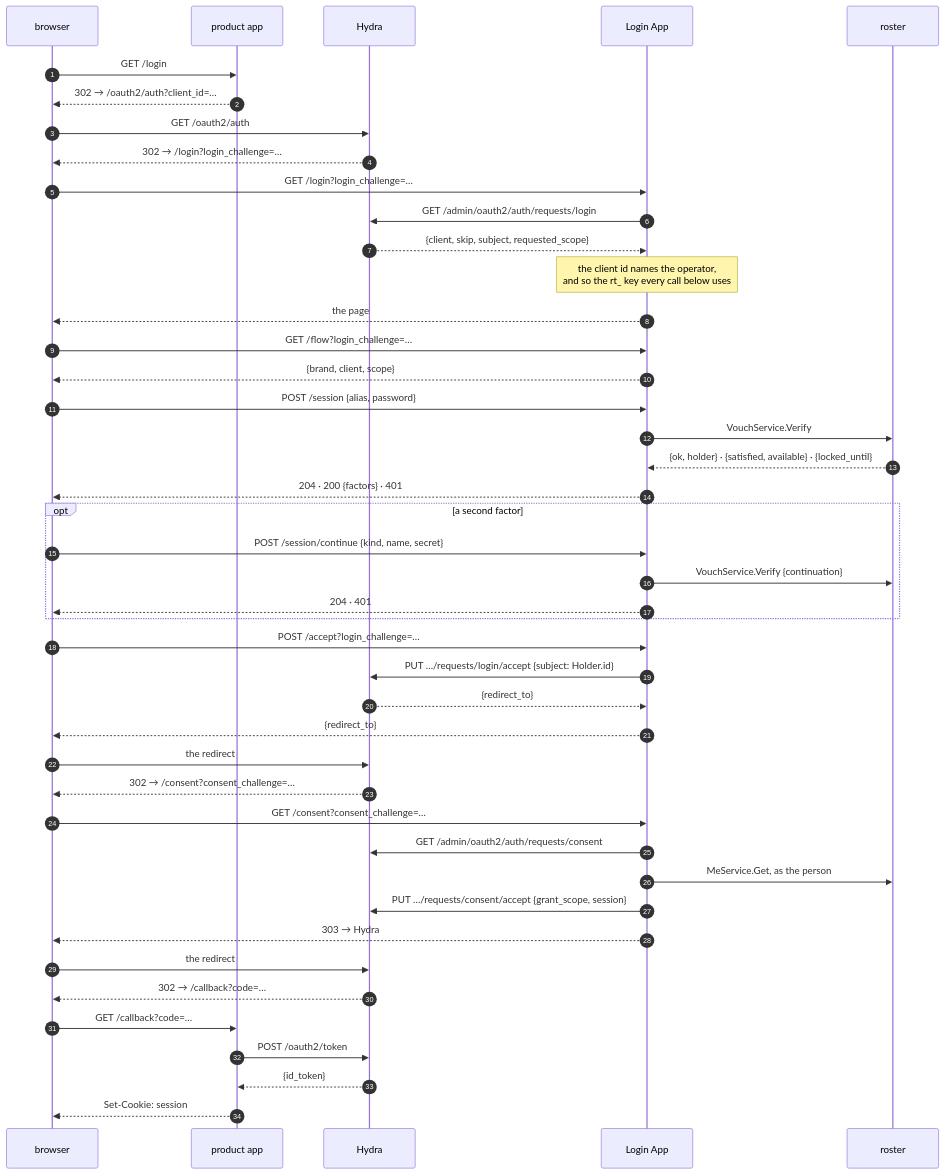
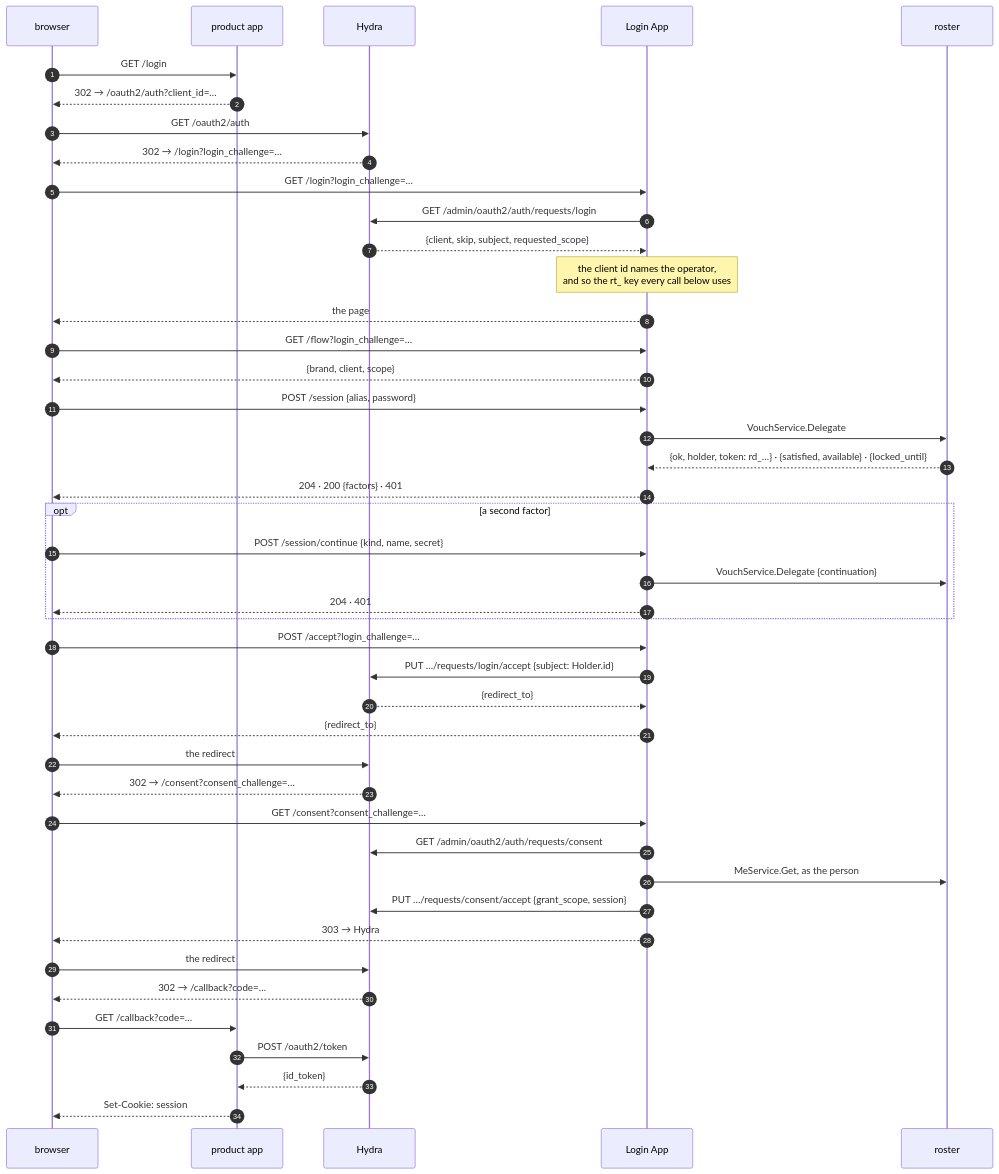
The third of 6 diagrams in docs/login.md (lesomnus/roster), drawn with Mermaid before and after one commit. The commit also changed other lines of this file and 3 other files, not shown here.

````diff
--- a/docs/login.md
+++ b/docs/login.md
@@ -216,52 +216,52 @@
 ```mermaid
 sequenceDiagram
   autonumber
   participant B as browser
   participant P as product app
   participant H as Hydra
   participant L as Login App
   participant R as roster
 
   B->>P: GET /login
   P-->>B: 302 → /oauth2/auth?client_id=…
   B->>H: GET /oauth2/auth
   H-->>B: 302 → /login?login_challenge=…
 
   B->>L: GET /login?login_challenge=…
   L->>H: GET /admin/oauth2/auth/requests/login
   H-->>L: {client, skip, subject, requested_scope}
   Note over L: the client id names the operator,<br/>and so the rt_ key every call below uses
   L-->>B: the page
   B->>L: GET /flow?login_challenge=…
   L-->>B: {brand, client, scope}
 
   B->>L: POST /session {alias, password}
-  L->>R: VouchService.Verify
-  R-->>L: {ok, holder} · {satisfied, available} · {locked_until}
+  L->>R: VouchService.Delegate
+  R-->>L: {ok, holder, token: rd_…} · {satisfied, available} · {locked_until}
   L-->>B: 204 · 200 {factors} · 401
 
   opt a second factor
     B->>L: POST /session/continue {kind, name, secret}
-    L->>R: VouchService.Verify {continuation}
+    L->>R: VouchService.Delegate {continuation}
     L-->>B: 204 · 401
   end
 
   B->>L: POST /accept?login_challenge=…
   L->>H: PUT …/requests/login/accept {subject: Holder.id}
   H-->>L: {redirect_to}
   L-->>B: {redirect_to}
   B->>H: the redirect
   H-->>B: 302 → /consent?consent_challenge=…
 
   B->>L: GET /consent?consent_challenge=…
   L->>H: GET /admin/oauth2/auth/requests/consent
   L->>R: MeService.Get, as the person
   L->>H: PUT …/requests/consent/accept {grant_scope, session}
   L-->>B: 303 → Hydra
   B->>H: the redirect
   H-->>B: 302 → /callback?code=…
   B->>P: GET /callback?code=…
   P->>H: POST /oauth2/token
   H-->>P: {id_token}
   P-->>B: Set-Cookie: session
 ```
````
